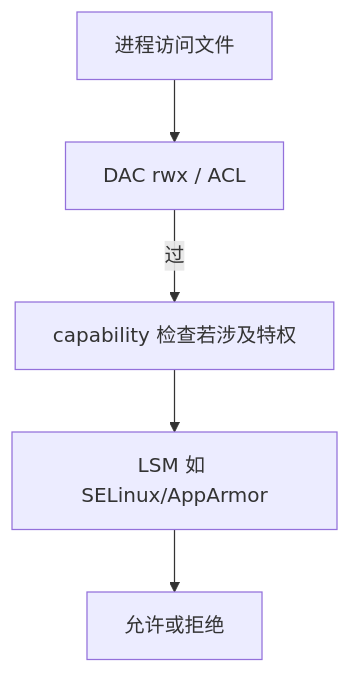
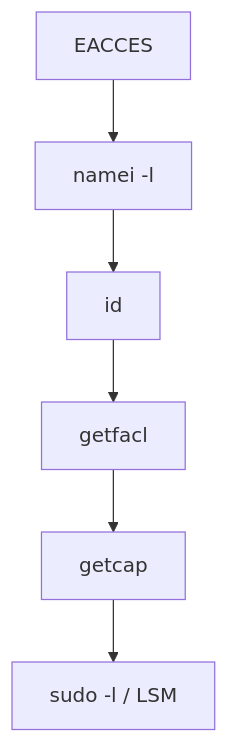
One commit to yanggan2015/knowledge-json-v2 changed the third of 3 diagrams in articles/csdn-merged/Linux运维-权限与ACL完整篇.md. Above: the diagram before and after it, drawn with Mermaid. The commit also changed other lines of this file and 13 other files, not shown here.

````diff
--- a/articles/csdn-merged/Linux运维-权限与ACL完整篇.md
+++ b/articles/csdn-merged/Linux运维-权限与ACL完整篇.md
@@ -16,7 +54,8 @@
 ```mermaid
 flowchart TD
-    A[进程访问文件] --> B[DAC rwx / ACL]
-    B -->|过| C[capability 检查若涉及特权]
-    C --> D[LSM 如 SELinux/AppArmor]
-    D --> E[允许或拒绝]
+    e[EACCES] --> n[namei -l]
+    n --> id[id]
+    id --> g[getfacl]
+    g --> c[getcap]
+    c --> s[sudo -l / LSM]
 ```
````
